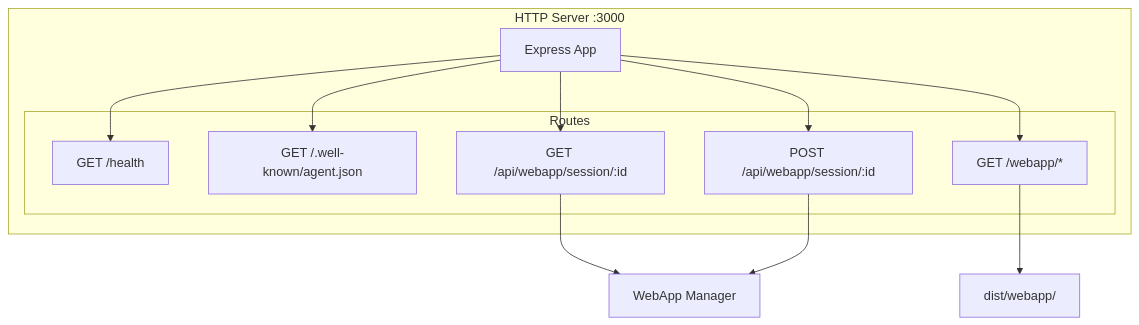
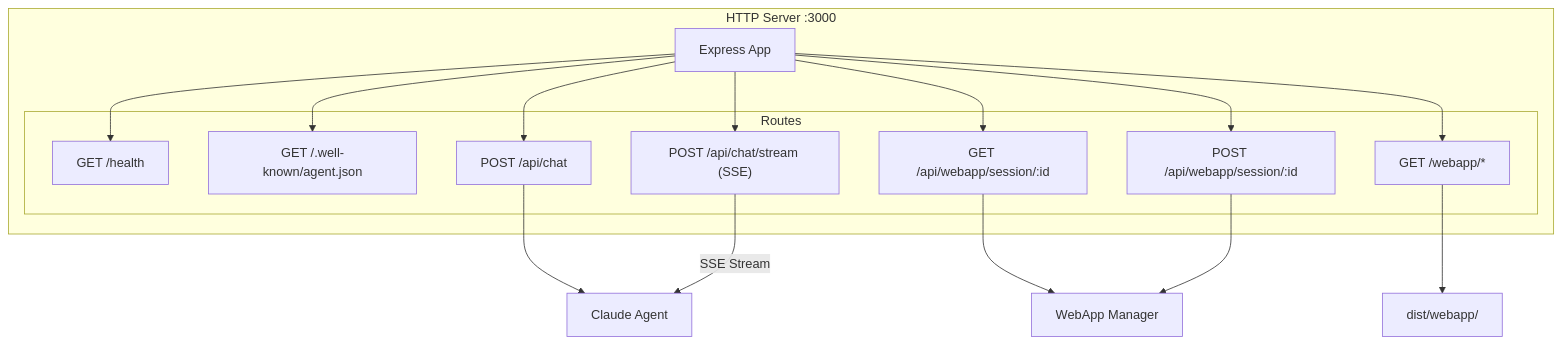
One commit to ldmrepo/michael changed the third of 20 diagrams in docs/ARCHITECTURE.md. Above: the diagram before and after it, drawn with Mermaid. The commit also changed other lines of this file, not shown here.

First line of the commit message:
docs: ARCHITECTURE.md 업데이트 - Finance Agent 아키텍처 추가

````diff
--- a/docs/ARCHITECTURE.md
+++ b/docs/ARCHITECTURE.md
@@ -122,24 +165,30 @@
 ```mermaid
 graph TB
     subgraph HTTPServer["HTTP Server :3000"]
         EXPRESS[Express App]
 
         subgraph Routes["Routes"]
             R1["GET /health"]
             R2["GET /.well-known/agent.json"]
-            R3["GET /api/webapp/session/:id"]
-            R4["POST /api/webapp/session/:id"]
-            R5["GET /webapp/*"]
+            R3["POST /api/chat"]
+            R4["POST /api/chat/stream (SSE)"]
+            R5["GET /api/webapp/session/:id"]
+            R6["POST /api/webapp/session/:id"]
+            R7["GET /webapp/*"]
         end
     end
 
     EXPRESS --> R1
     EXPRESS --> R2
     EXPRESS --> R3
     EXPRESS --> R4
     EXPRESS --> R5
+    EXPRESS --> R6
+    EXPRESS --> R7
 
-    R3 --> WAM[WebApp Manager]
-    R4 --> WAM
-    R5 --> DIST[dist/webapp/]
+    R3 --> AGENT[Claude Agent]
+    R4 -->|SSE Stream| AGENT
+    R5 --> WAM[WebApp Manager]
+    R6 --> WAM
+    R7 --> DIST[dist/webapp/]
 ```
````
